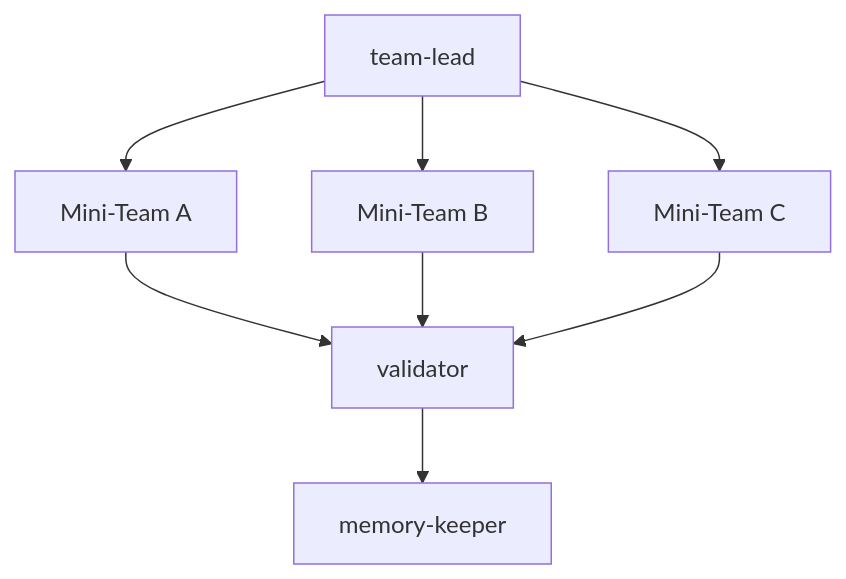
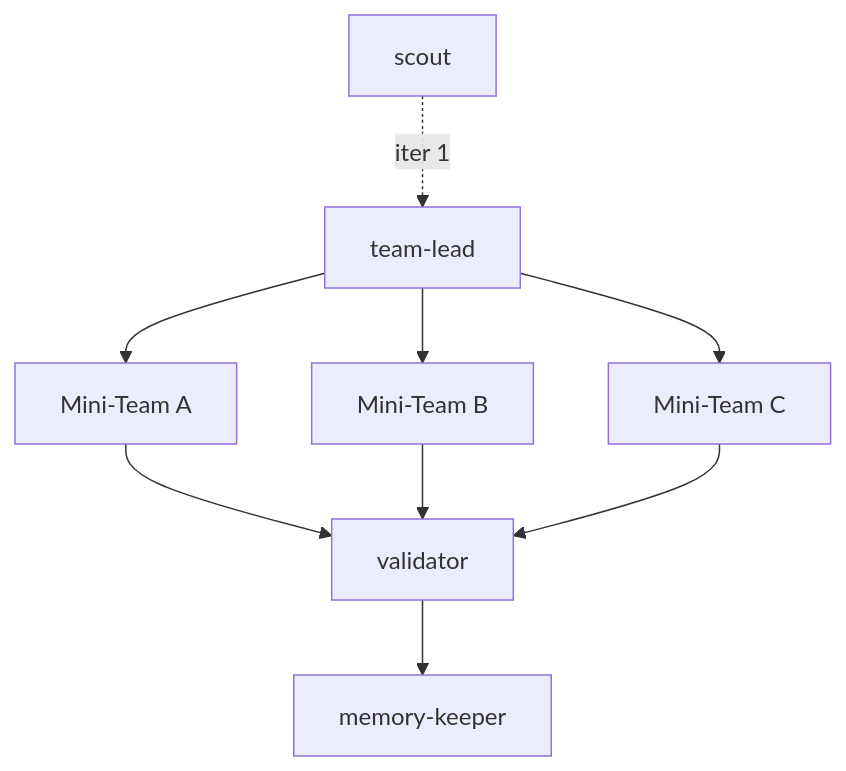
The diagram in gladius/topologies/templates/autonomous.md (KameniAlexNea/gladius-agent), drawn with Mermaid before and after one commit. The commit also changed other lines of this file and 8 other files, not shown here.

Commit message:
feat: introduce scout role for data reconnaissance and update topologies to include scout in iteration flow

````diff
--- a/gladius/topologies/templates/autonomous.md
+++ b/gladius/topologies/templates/autonomous.md
@@ -9,8 +9,9 @@
 ```mermaid
 graph TD
-    TL[team-lead] --> P1[Mini-Team A]
+    SC[scout] -.->|iter 1| TL[team-lead]
+    TL --> P1[Mini-Team A]
     TL --> P2[Mini-Team B]
     TL --> P3[Mini-Team C]
     P1 & P2 & P3 --> V[validator]
     V --> MK[memory-keeper]
 ```
````
